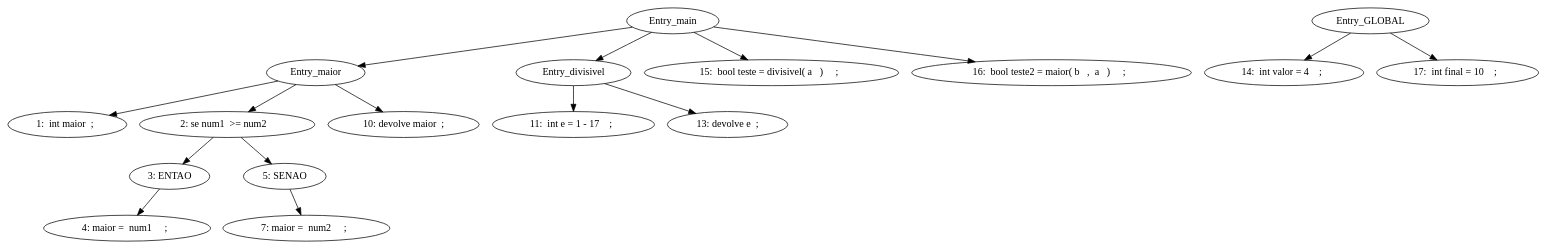
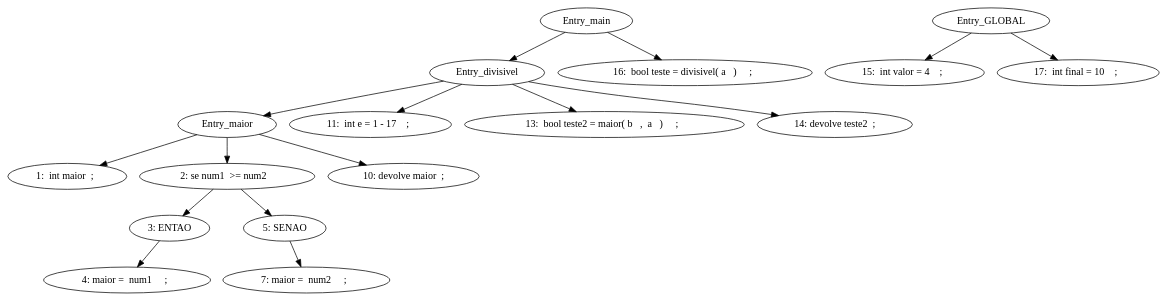
One commit to Yakari144/ImperativeLanguageAnalyser changed the diagram in sdg.dot. Above: the diagram before and after it, drawn with Graphviz. The commit also changed 7 other files, not shown here.

```diff
--- a/sdg.dot
+++ b/sdg.dot
@@ -1,17 +1,17 @@
 digraph G {
 "Entry_maior" -> "1:  int maior  ;  "
 "Entry_maior" -> "2: se num1  >= num2   "
 "2: se num1  >= num2   " -> "3: ENTAO"
 "3: ENTAO" -> "4: maior =  num1     ;  "
 "2: se num1  >= num2   " -> "5: SENAO"
 "5: SENAO" -> "7: maior =  num2     ;  "
 "Entry_maior" -> "10: devolve maior  ; "
 "Entry_divisivel" -> "11:  int e = 1 - 17    ;  "
-"Entry_divisivel" -> "13: devolve e  ; "
-Entry_GLOBAL -> "14:  int valor = 4    ;  "
+"Entry_divisivel" -> "Entry_maior"
+"Entry_divisivel" -> "13:  bool teste2 = maior( b   ,  a   )     ;  "
+"Entry_divisivel" -> "14: devolve teste2  ; "
+Entry_GLOBAL -> "15:  int valor = 4    ;  "
 "Entry_main" -> "Entry_divisivel"
-"Entry_main" -> "15:  bool teste = divisivel( a   )     ;  "
-"Entry_main" -> "Entry_maior"
-"Entry_main" -> "16:  bool teste2 = maior( b   ,  a   )     ;  "
+"Entry_main" -> "16:  bool teste = divisivel( a   )     ;  "
 Entry_GLOBAL -> "17:  int final = 10    ;  "
 }
```
